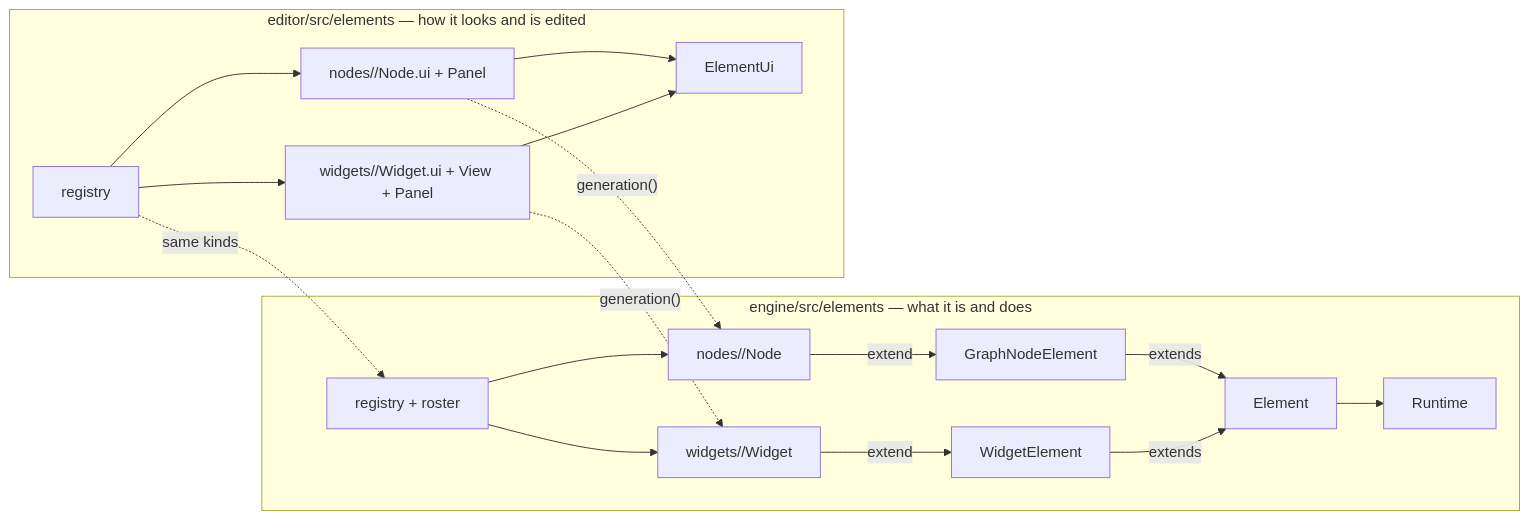
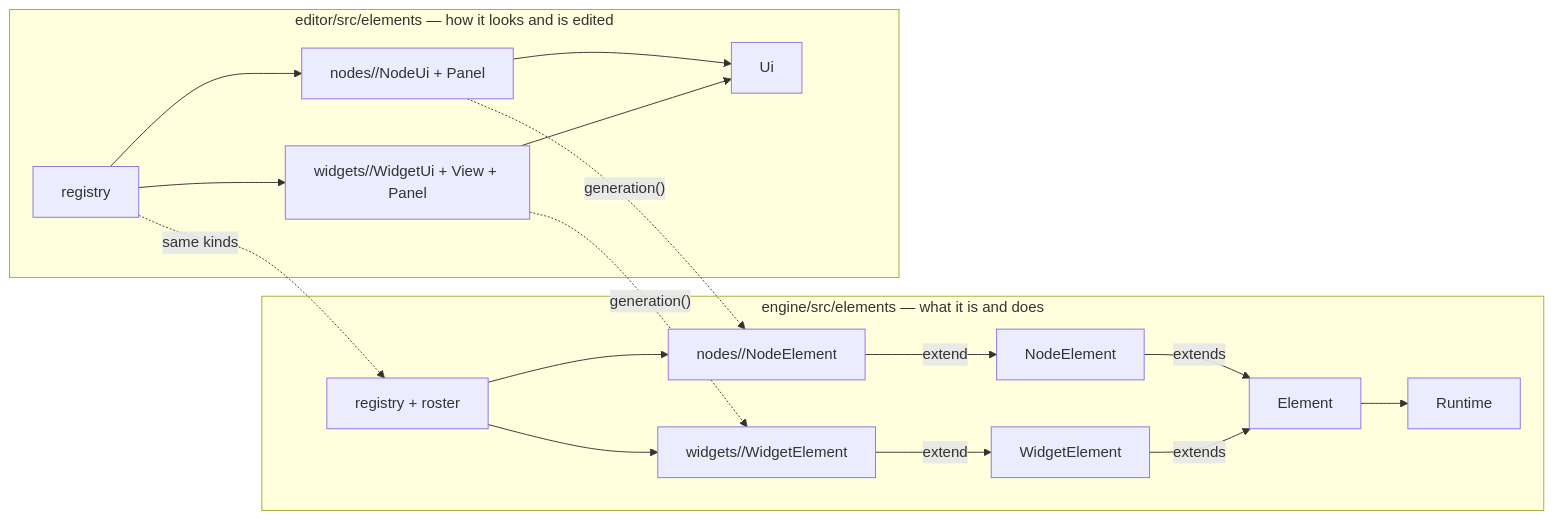
The diagram in arch/elements.md (Archimedes79/AI_Graph), drawn with Mermaid before and after one commit. The commit also changed other lines of this file and 144 other files, not shown here.

````diff
--- a/arch/elements.md
+++ b/arch/elements.md
@@ -10,33 +10,33 @@
 ```mermaid
 flowchart LR
   subgraph engine["engine/src/elements — what it is and does"]
     Base["Element"]
-    NodeBase["GraphNodeElement"]
+    NodeBase["NodeElement"]
     WidgetBase["WidgetElement"]
-    Nodes["nodes/<kind>/<Kind>Node"]
-    Widgets["widgets/<kind>/<Kind>Widget"]
+    Nodes["nodes/<kind>/<Kind>NodeElement"]
+    Widgets["widgets/<kind>/<Kind>WidgetElement"]
     Registry["registry + roster"]
     Runtime["Runtime"]
   end
   subgraph editor["editor/src/elements — how it looks and is edited"]
-    Contract["ElementUi"]
-    NodeUis["nodes/<kind>/<Kind>Node.ui + Panel"]
-    WidgetUis["widgets/<kind>/<Kind>Widget.ui + View + Panel"]
+    Contract["Ui"]
+    NodeUis["nodes/<kind>/<Kind>NodeUi + Panel"]
+    WidgetUis["widgets/<kind>/<Kind>WidgetUi + View + Panel"]
     UiRegistry["registry"]
   end
 
   NodeBase -- extends --> Base
   WidgetBase -- extends --> Base
   Nodes -- extend --> NodeBase
   Widgets -- extend --> WidgetBase
   Base --> Runtime
   Registry --> Nodes
   Registry --> Widgets
   NodeUis --> Contract
   WidgetUis --> Contract
   UiRegistry --> NodeUis
   UiRegistry --> WidgetUis
   NodeUis -. "generation()" .-> Nodes
   WidgetUis -. "generation()" .-> Widgets
   UiRegistry -. "same kinds" .-> Registry
 ```
````
